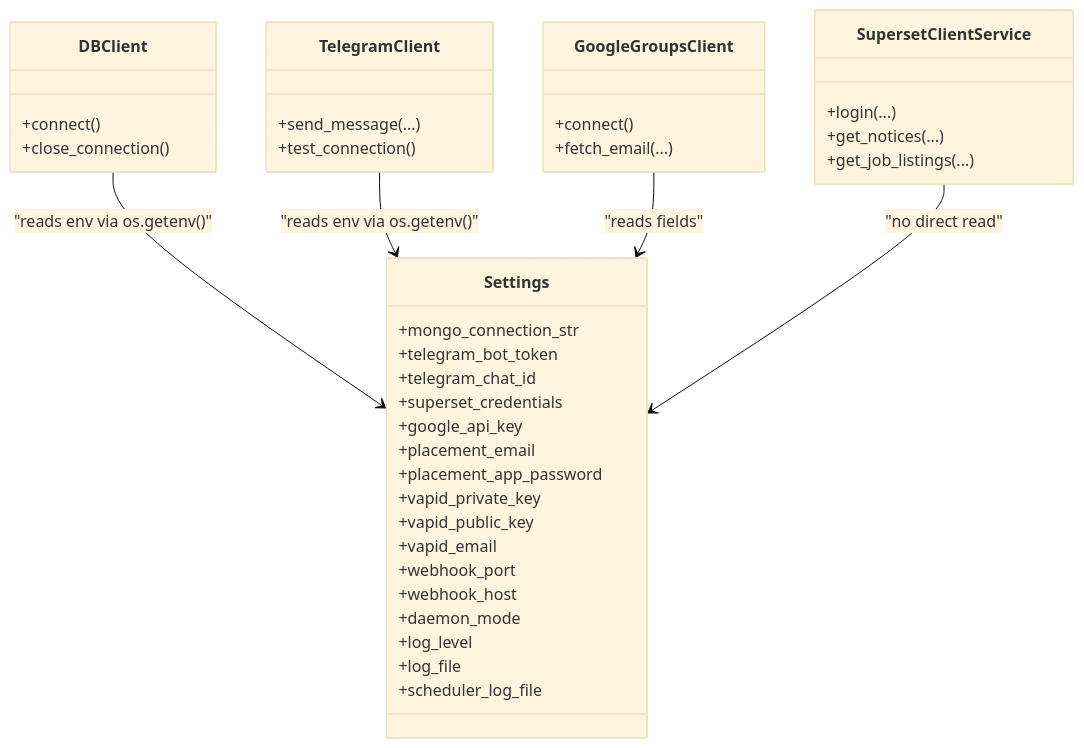
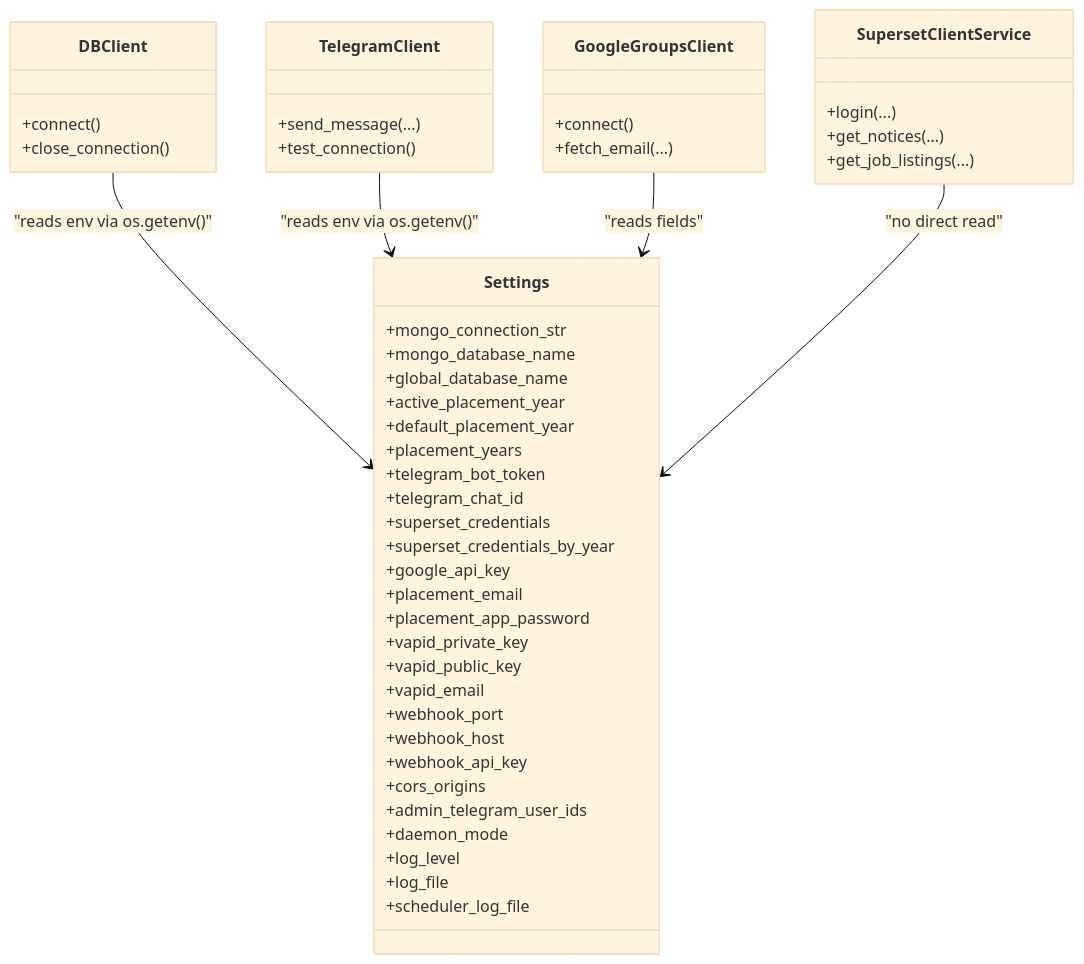
The fourth of 5 diagrams in src/data/docs/jiit-placement-alerts/Configuration & Environment.md (tashifkhan/tashif.codes), drawn with Mermaid (base theme) before and after one commit. The commit also changed other lines of this file and 2128 other files, not shown here.

First line of the commit message:
docs: replace raster diagram images with native Mermaid across project guides

````diff
--- a/src/data/docs/jiit-placement-alerts/Configuration & Environment.md
+++ b/src/data/docs/jiit-placement-alerts/Configuration & Environment.md
@@ -140,42 +141,51 @@
 ```mermaid
 classDiagram
 class Settings {
 +mongo_connection_str
++mongo_database_name
++global_database_name
++active_placement_year
++default_placement_year
++placement_years
 +telegram_bot_token
 +telegram_chat_id
 +superset_credentials
++superset_credentials_by_year
 +google_api_key
 +placement_email
 +placement_app_password
 +vapid_private_key
 +vapid_public_key
 +vapid_email
 +webhook_port
 +webhook_host
++webhook_api_key
++cors_origins
++admin_telegram_user_ids
 +daemon_mode
 +log_level
 +log_file
 +scheduler_log_file
 }
 class DBClient {
 +connect()
 +close_connection()
 }
 class TelegramClient {
 +send_message(...)
 +test_connection()
 }
 class GoogleGroupsClient {
 +connect()
 +fetch_email(...)
 }
 class SupersetClientService {
 +login(...)
 +get_notices(...)
 +get_job_listings(...)
 }
 DBClient --> Settings : "reads env via os.getenv()"
 TelegramClient --> Settings : "reads env via os.getenv()"
 GoogleGroupsClient --> Settings : "reads fields"
 SupersetClientService --> Settings : "no direct read"
 ```
````
